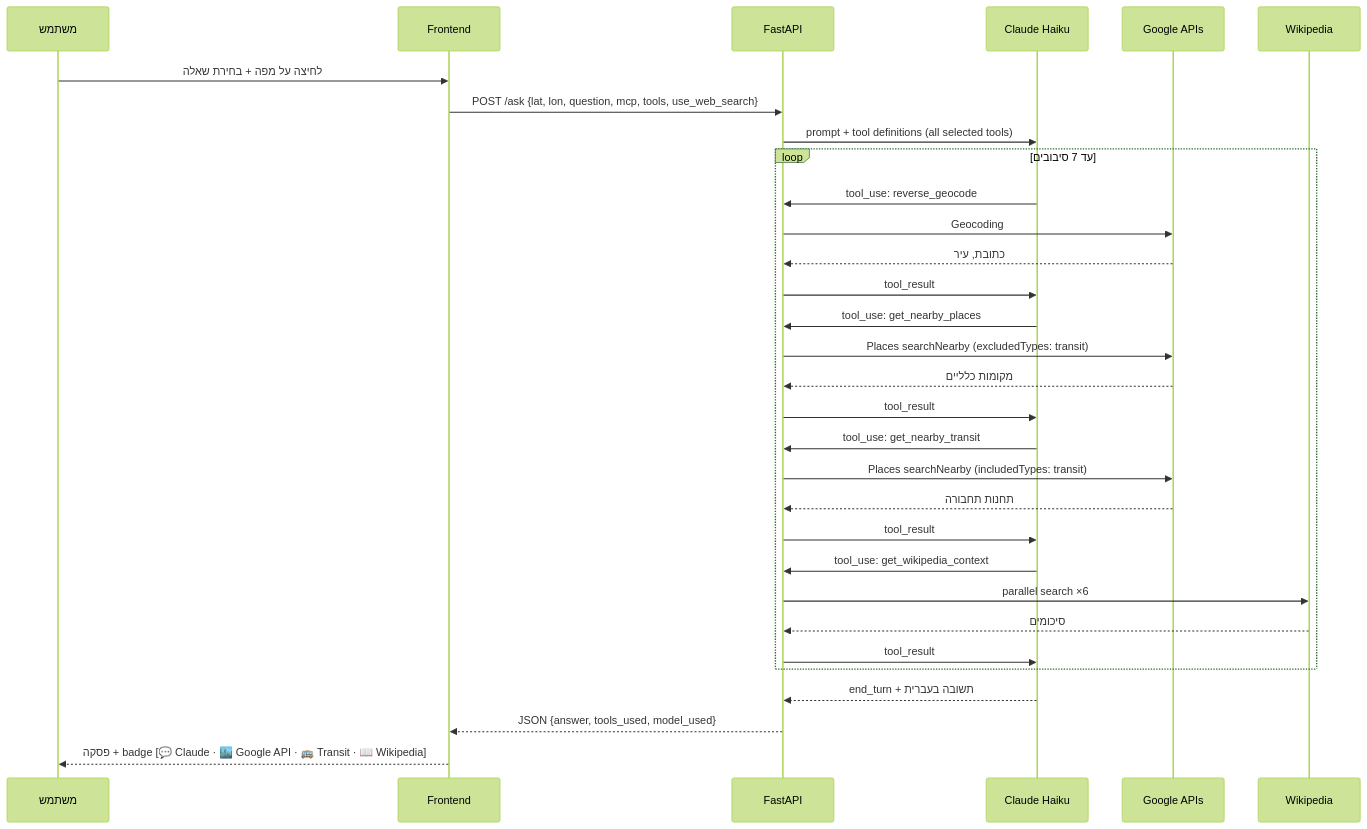
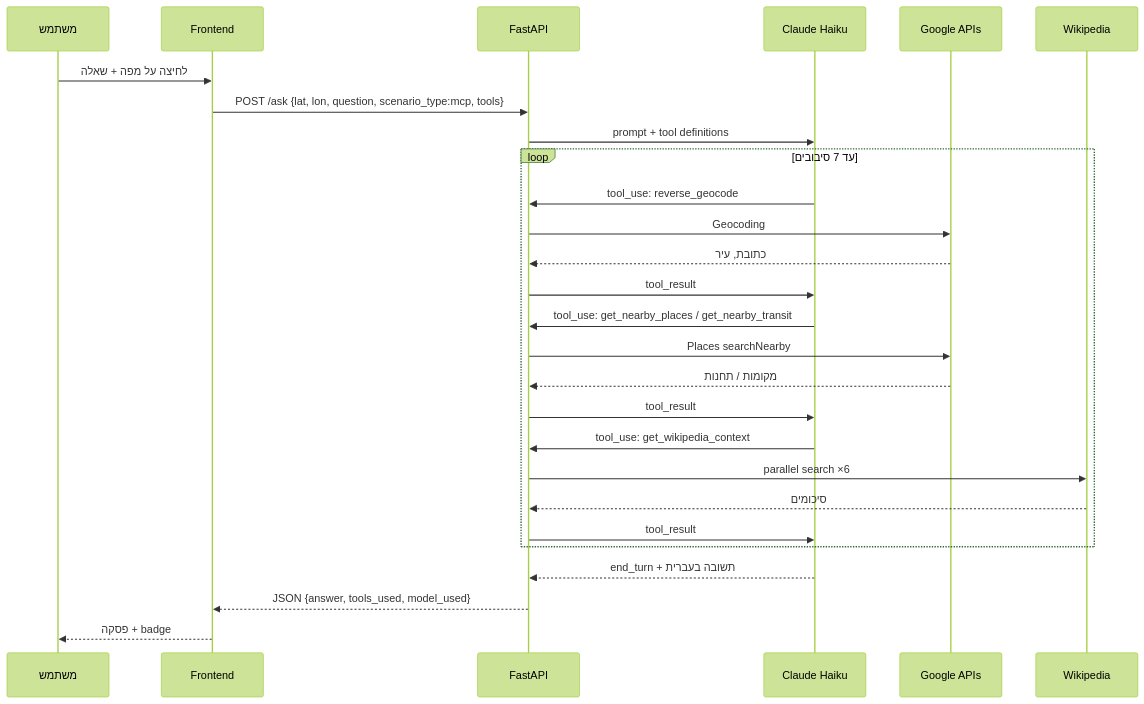
The second of 5 diagrams in FLOW.md (DadashevG/DanGeoChat), drawn with Mermaid (forest theme) before and after one commit. The commit also changed other lines of this file and 15 other files, not shown here.

First line of the commit message:
feat: add GNN pipeline, gnn_mcp scenario, exam judging, and updated docs

````diff
--- a/FLOW.md
+++ b/FLOW.md
@@ -65,39 +74,34 @@
 ```mermaid
 sequenceDiagram
     participant U as משתמש
     participant FE as Frontend
     participant API as FastAPI
     participant C as Claude Haiku
     participant G as Google APIs
     participant W as Wikipedia
 
-    U->>FE: לחיצה על מפה + בחירת שאלה
-    FE->>API: POST /ask {lat, lon, question, mcp, tools, use_web_search}
-    API->>C: prompt + tool definitions (all selected tools)
+    U->>FE: לחיצה על מפה + שאלה
+    FE->>API: POST /ask {lat, lon, question, scenario_type:mcp, tools}
+    API->>C: prompt + tool definitions
 
     loop עד 7 סיבובים
         C->>API: tool_use: reverse_geocode
         API->>G: Geocoding
         G-->>API: כתובת, עיר
         API->>C: tool_result
 
-        C->>API: tool_use: get_nearby_places
-        API->>G: Places searchNearby (excludedTypes: transit)
-        G-->>API: מקומות כלליים
-        API->>C: tool_result
-
-        C->>API: tool_use: get_nearby_transit
-        API->>G: Places searchNearby (includedTypes: transit)
-        G-->>API: תחנות תחבורה
+        C->>API: tool_use: get_nearby_places / get_nearby_transit
+        API->>G: Places searchNearby
+        G-->>API: מקומות / תחנות
         API->>C: tool_result
 
         C->>API: tool_use: get_wikipedia_context
         API->>W: parallel search ×6
         W-->>API: סיכומים
         API->>C: tool_result
     end
 
     C-->>API: end_turn + תשובה בעברית
     API-->>FE: JSON {answer, tools_used, model_used}
-    FE-->>U: פסקה + badge [💬 Claude · 🏙️ Google API · 🚌 Transit · 📖 Wikipedia]
+    FE-->>U: פסקה + badge
 ```
````
